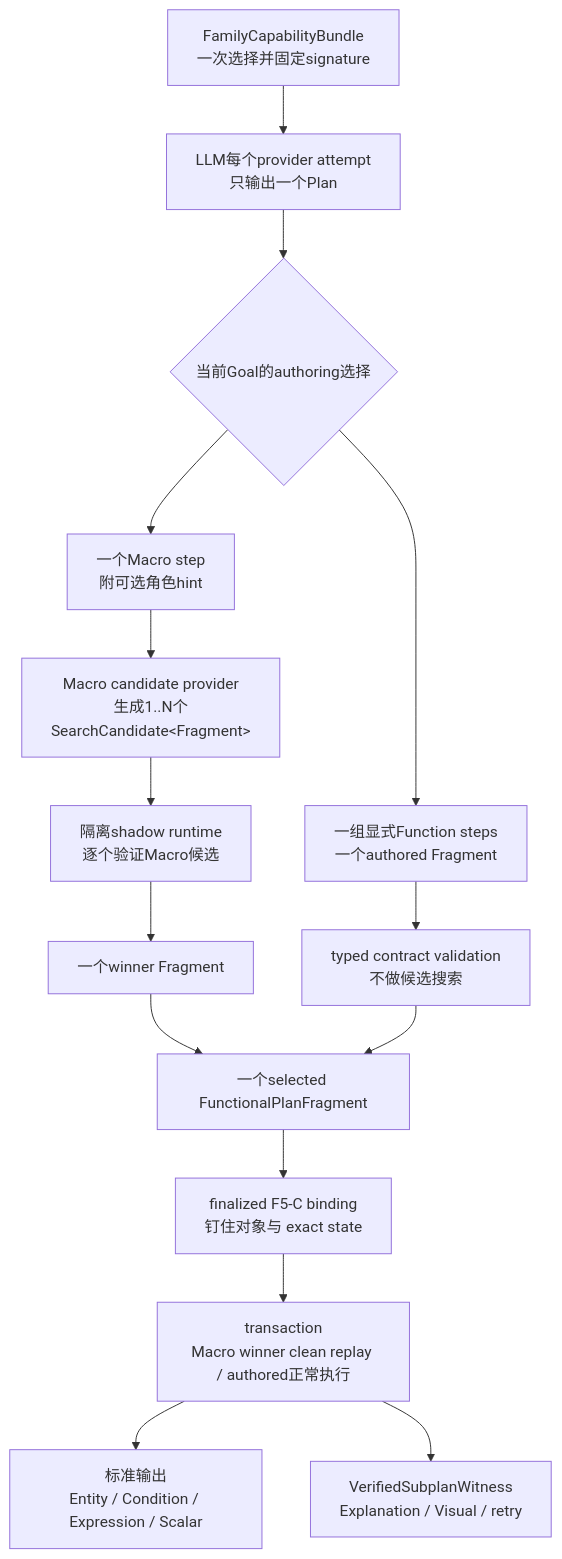
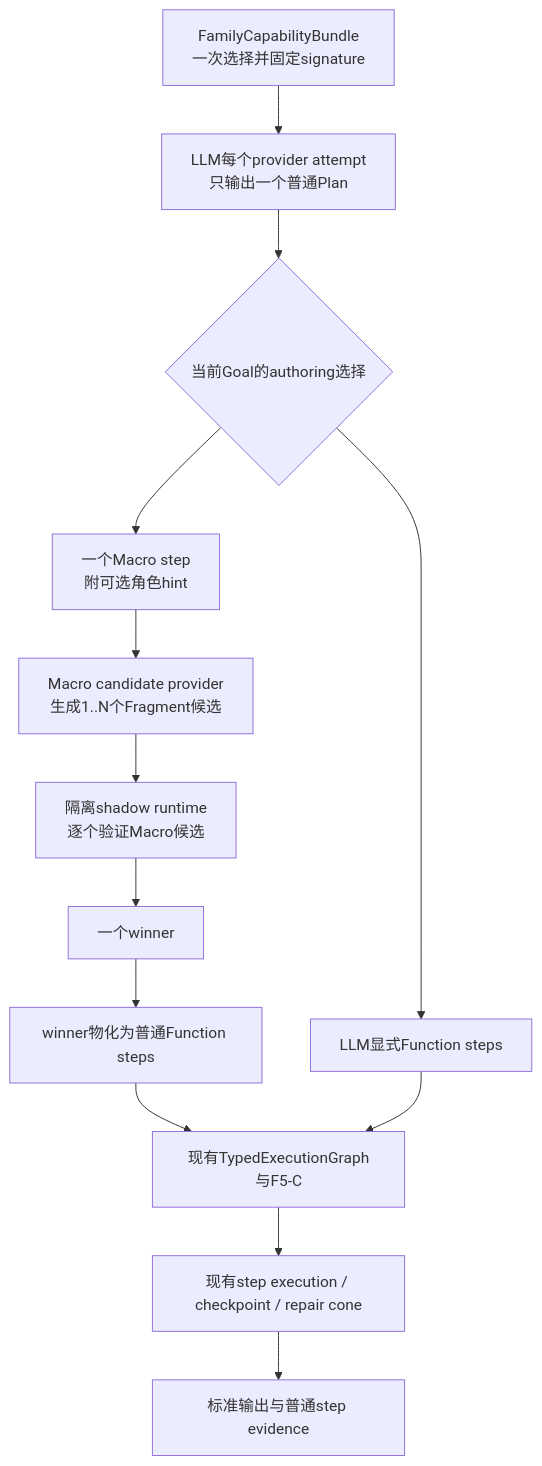
Before and after one commit to rongchenxu100/shuxueshuo: the first of 4 diagrams in docs/path-minimum-macro-redesign.md, drawn with Mermaid. The commit also changed other lines of this file and 63 other files, not shown here.

Commit message:
refactor(solver): materialize macro winners as plan steps

````diff
--- a/docs/path-minimum-macro-redesign.md
+++ b/docs/path-minimum-macro-redesign.md
@@ -65,24 +64,20 @@
 ```mermaid
 flowchart TD
   F["FamilyCapabilityBundle<br/>一次选择并固定signature"]
-  L["LLM每个provider attempt<br/>只输出一个Plan"]
+  L["LLM每个provider attempt<br/>只输出一个普通Plan"]
   D{"当前Goal的authoring选择"}
   M["一个Macro step<br/>附可选角色hint"]
-  P["Macro candidate provider<br/>生成1..N个SearchCandidate&lt;Fragment&gt;"]
+  P["Macro candidate provider<br/>生成1..N个Fragment候选"]
   S["隔离shadow runtime<br/>逐个验证Macro候选"]
-  W["一个winner Fragment"]
-  A["一组显式Function steps<br/>一个authored Fragment"]
-  V["typed contract validation<br/>不做候选搜索"]
-  C["一个selected FunctionalPlanFragment"]
-  B["finalized F5-C binding<br/>钉住对象与 exact state"]
-  R["transaction<br/>Macro winner clean replay / authored正常执行"]
-  O["标准输出<br/>Entity / Condition / Expression / Scalar"]
-  E["VerifiedSubplanWitness<br/>Explanation / Visual / retry"]
+  W["一个winner"]
+  X["winner物化为普通Function steps"]
+  A["LLM显式Function steps"]
+  G["现有TypedExecutionGraph与F5-C"]
+  R["现有step execution / checkpoint / repair cone"]
+  O["标准输出与普通step evidence"]
 
   F --> L --> D
-  D --> M --> P --> S --> W --> C
-  D --> A --> V --> C
-  C --> B --> R
-  R --> O
-  R --> E
+  D --> M --> P --> S --> W --> X --> G
+  D --> A --> G
+  G --> R --> O
 ```
````
